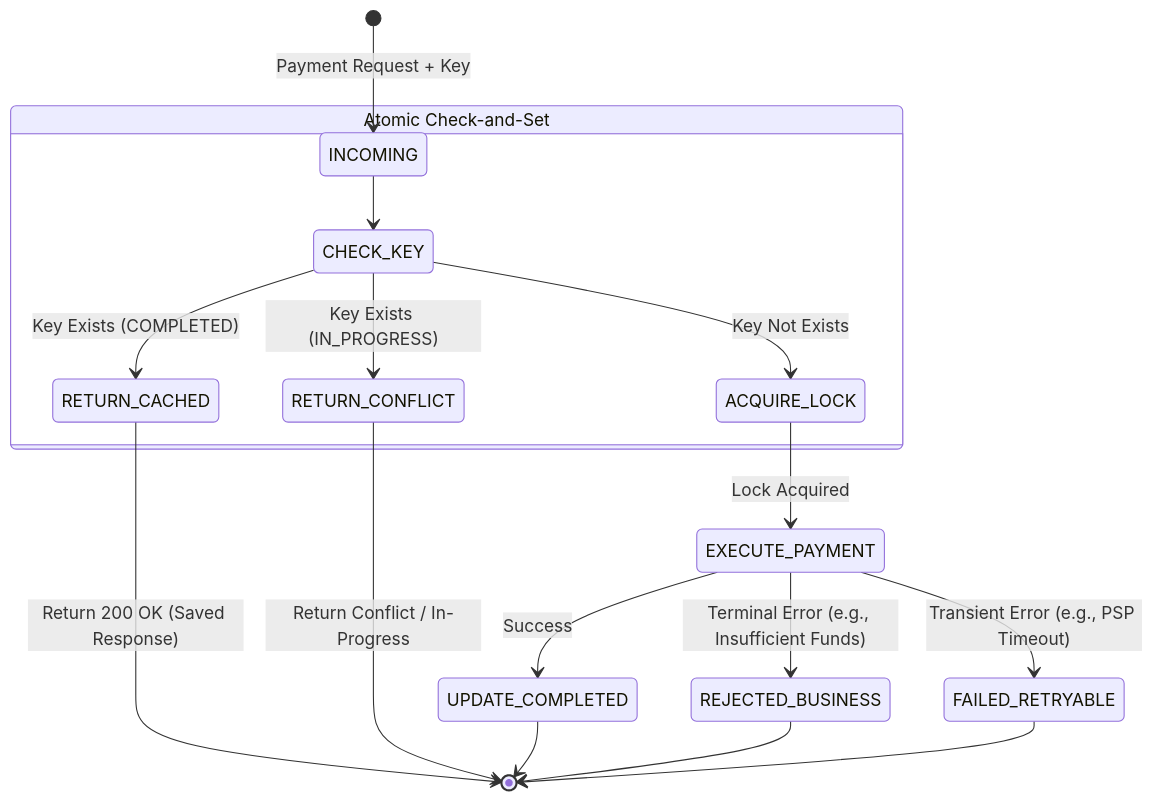
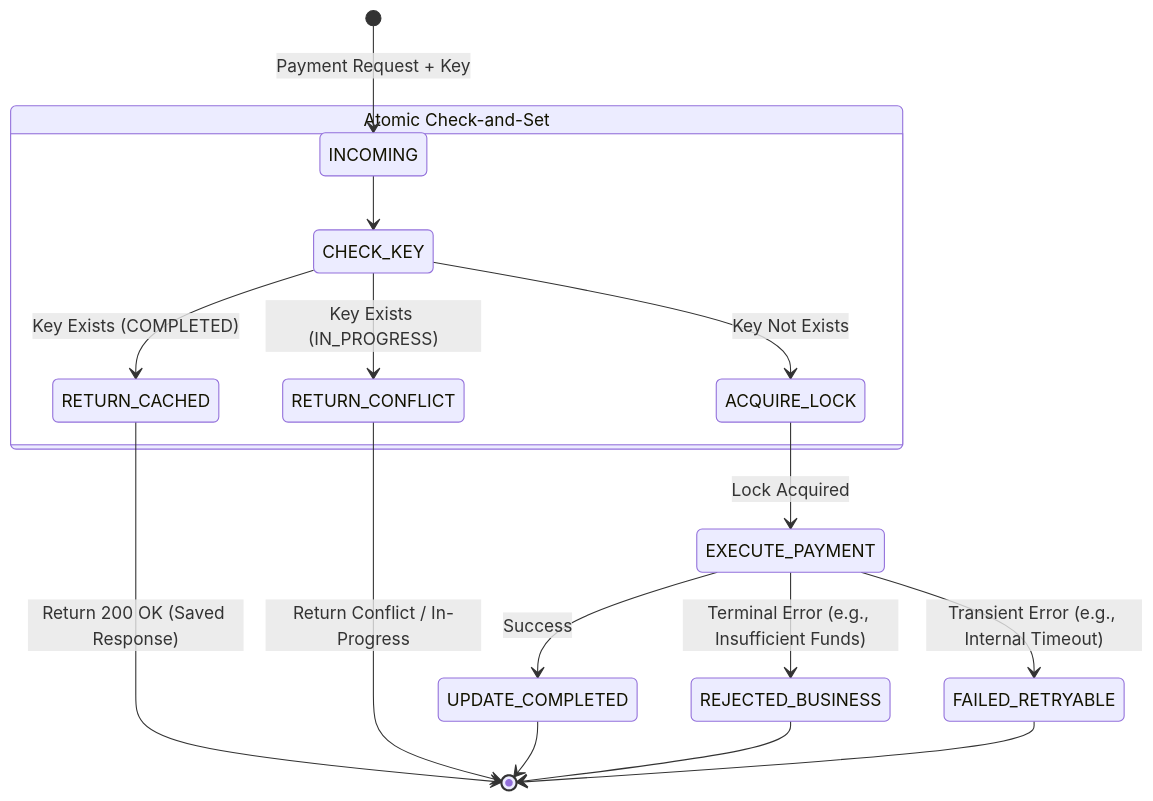
The diagram in content/posts/series_2/1.global_payment_gateway_idempotency.md (tuanhiep/tuanhiep.github.io), drawn with Mermaid before and after one commit. The commit also changed other lines of this file, not shown here.

Commit message:
Global Payment Gateway (1/4): The Idempotent Payment API

`````diff
--- a/content/posts/series_2/1.global_payment_gateway_idempotency.md
+++ b/content/posts/series_2/1.global_payment_gateway_idempotency.md
@@ -64,23 +77,23 @@
 ```mermaid
 stateDiagram-v2
     [*] --> INCOMING: Payment Request + Key
 
     state "Atomic Check-and-Set" as CAS {
         INCOMING --> CHECK_KEY
         CHECK_KEY --> RETURN_CACHED: Key Exists (COMPLETED)
         CHECK_KEY --> RETURN_CONFLICT: Key Exists (IN_PROGRESS)
         CHECK_KEY --> ACQUIRE_LOCK: Key Not Exists
     }
 
     RETURN_CACHED --> [*]: Return 200 OK (Saved Response)
     RETURN_CONFLICT --> [*]: Return Conflict / In-Progress
 
     ACQUIRE_LOCK --> EXECUTE_PAYMENT: Lock Acquired
     EXECUTE_PAYMENT --> UPDATE_COMPLETED: Success
     EXECUTE_PAYMENT --> REJECTED_BUSINESS: Terminal Error (e.g., Insufficient Funds)
-    EXECUTE_PAYMENT --> FAILED_RETRYABLE: Transient Error (e.g., PSP Timeout)
+    EXECUTE_PAYMENT --> FAILED_RETRYABLE: Transient Error (e.g., Internal Timeout)
 
     UPDATE_COMPLETED --> [*]
     REJECTED_BUSINESS --> [*]
     FAILED_RETRYABLE --> [*]
 ````
`````
